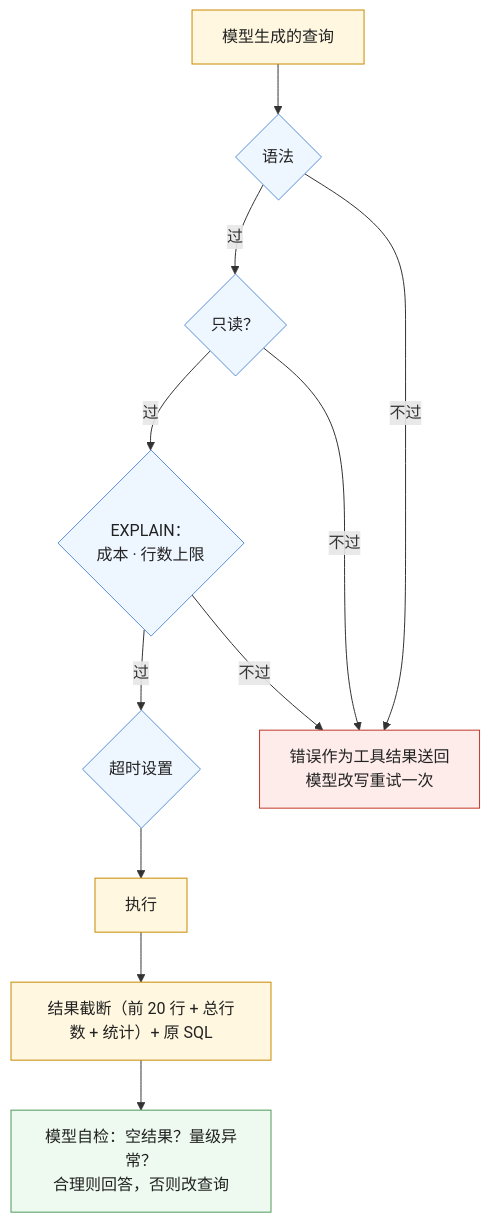
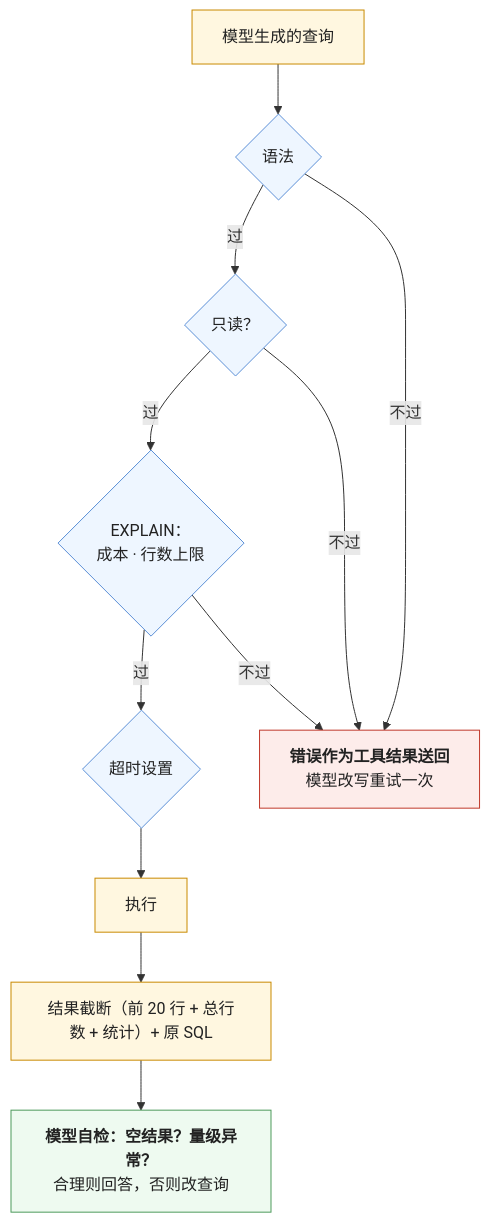
Before and after one commit to arganzheng/arganzheng.github.com: the third of 6 diagrams in _posts/2026-10-18-structured-knowledge-sql-ontology-and-graphrag.md, drawn with Mermaid. The commit also changed other lines of this file and 7 other files, not shown here.

First line of the commit message:
检索与知识接入：私域知识怎么进入模型：Mermaid 多行方框的首行标为标题（8 篇）

````diff
--- a/_posts/2026-10-18-structured-knowledge-sql-ontology-and-graphrag.md
+++ b/_posts/2026-10-18-structured-knowledge-sql-ontology-and-graphrag.md
@@ -108,16 +108,16 @@
 ```mermaid
 %% 图：生成的 SQL 执行前后的门——执行前过语法检查、只读权限、EXPLAIN 成本与行数上限、超时四道门；执行后把截断的结果与 SQL 一起回给模型自检（空结果？量级异常？）；这是 L4 工具调用循环在数据查询上的实例
 flowchart TB
     G["模型生成的查询"] --> D1{"语法"} -->|"过"| D2{"只读？"} -->|"过"| D3{"EXPLAIN：<br/>成本 · 行数上限"} -->|"过"| D4{"超时设置"} --> X["执行"]
-    D1 & D2 & D3 -->|"不过"| E["错误作为工具结果送回<br/>模型改写重试一次"]
+    D1 & D2 & D3 -->|"不过"| E["<b>错误作为工具结果送回</b><br/>模型改写重试一次"]
     X --> R["结果截断（前 20 行 + 总行数 + 统计）+ 原 SQL"]
-    R --> C["模型自检：空结果？量级异常？<br/>合理则回答，否则改查询"]
+    R --> C["<b>模型自检：空结果？量级异常？</b><br/>合理则回答，否则改查询"]
     classDef step fill:#fff7e0,stroke:#c98a00,color:#222
     classDef dec fill:#eef6ff,stroke:#5b8fd6,color:#222
     classDef bad fill:#fdecea,stroke:#c0392b,color:#222
     classDef ok fill:#eefaf0,stroke:#4d9a5c,color:#222
     class G,X,R step
     class D1,D2,D3,D4 dec
     class E bad
     class C ok
 ```
````
